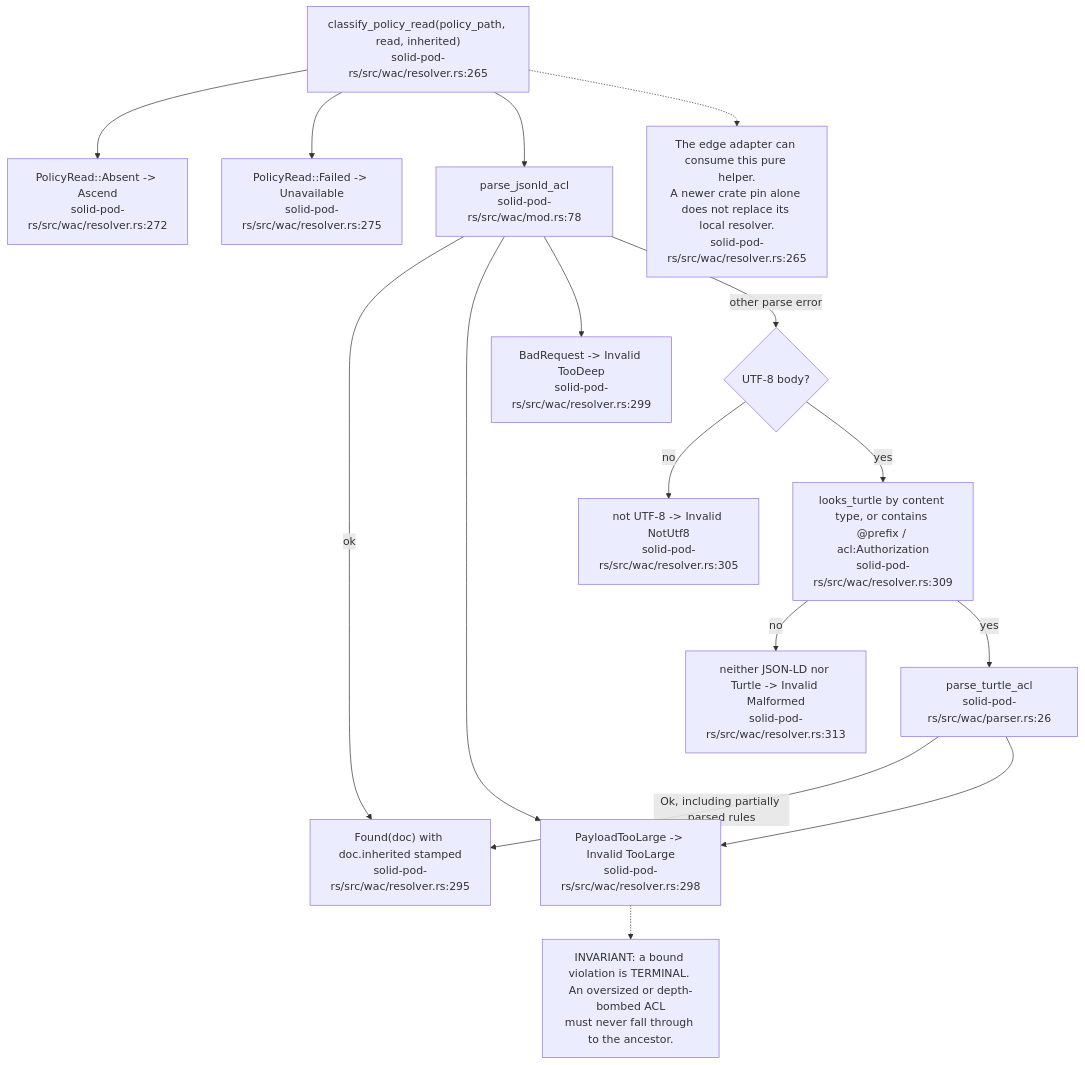
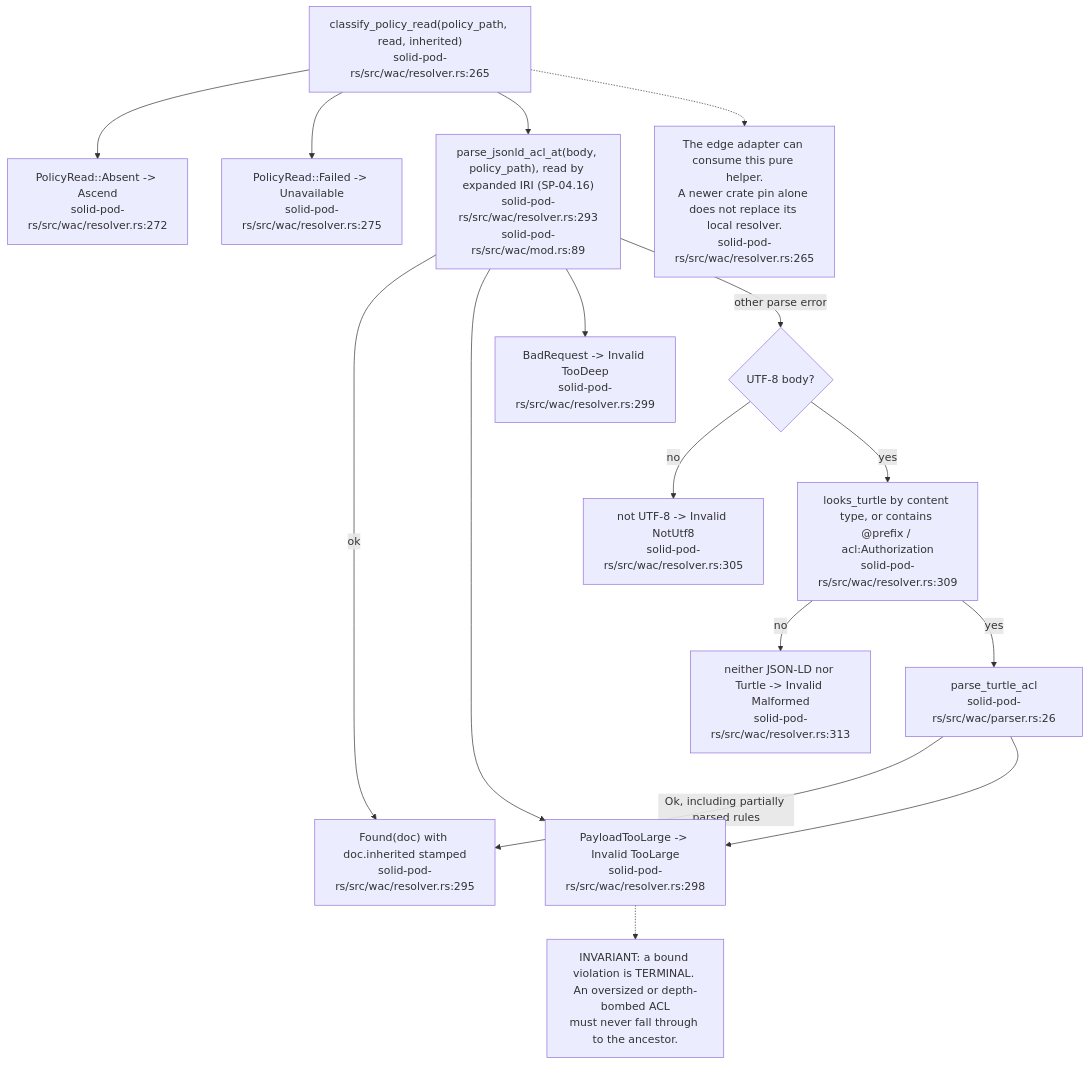
One commit to DreamLab-AI/VisionFlow changed the fourth of 16 diagrams in docs/diagrams/solid-pod-rs/04-wac-authorisation.md. Above: the diagram before and after it, drawn with Mermaid. The commit also changed other lines of this file, not shown here.

First line of the commit message:
docs(diagrams): SP-04 re-verified at solid-pod-rs a28a748

````diff
--- a/docs/diagrams/solid-pod-rs/04-wac-authorisation.md
+++ b/docs/diagrams/solid-pod-rs/04-wac-authorisation.md
@@ -139,33 +149,33 @@
 ```mermaid
 flowchart TD
     IN["classify_policy_read(policy_path, read, inherited)<br/>solid-pod-rs/src/wac/resolver.rs:265"]
     ABS["PolicyRead::Absent -> Ascend<br/>solid-pod-rs/src/wac/resolver.rs:272"]
     FAIL["PolicyRead::Failed -> Unavailable<br/>solid-pod-rs/src/wac/resolver.rs:275"]
-    JL["parse_jsonld_acl<br/>solid-pod-rs/src/wac/mod.rs:78"]
+    JL["parse_jsonld_acl_at(body, policy_path), read by expanded IRI (SP-04.16)<br/>solid-pod-rs/src/wac/resolver.rs:293<br/>solid-pod-rs/src/wac/mod.rs:89"]
     TOOBIG["PayloadTooLarge -> Invalid TooLarge<br/>solid-pod-rs/src/wac/resolver.rs:298"]
     TOODEEP["BadRequest -> Invalid TooDeep<br/>solid-pod-rs/src/wac/resolver.rs:299"]
     UTF["not UTF-8 -> Invalid NotUtf8<br/>solid-pod-rs/src/wac/resolver.rs:305"]
     SNIFF["looks_turtle by content type, or contains @prefix / acl:Authorization<br/>solid-pod-rs/src/wac/resolver.rs:309"]
     MAL["neither JSON-LD nor Turtle -> Invalid Malformed<br/>solid-pod-rs/src/wac/resolver.rs:313"]
     TT["parse_turtle_acl<br/>solid-pod-rs/src/wac/parser.rs:26"]
     FOUND["Found(doc) with doc.inherited stamped<br/>solid-pod-rs/src/wac/resolver.rs:295"]
 
     IN --> ABS
     IN --> FAIL
     IN --> JL
     JL -- ok --> FOUND
     JL --> TOOBIG
     JL --> TOODEEP
     JL -- "other parse error" --> DEC{"UTF-8 body?"}
     DEC -- no --> UTF
     DEC -- yes --> SNIFF
     SNIFF -- no --> MAL
     SNIFF -- yes --> TT
     TT -- "Ok, including partially parsed rules" --> FOUND
     TT --> TOOBIG
 
     N["INVARIANT: a bound violation is TERMINAL. An oversized or depth-bombed ACL<br/>must never fall through to the ancestor."]
     TOOBIG -.-> N
     N2["The edge adapter can consume this pure helper.<br/>A newer crate pin alone does not replace its local resolver.<br/>solid-pod-rs/src/wac/resolver.rs:265"]
     IN -.-> N2
 ```
````
